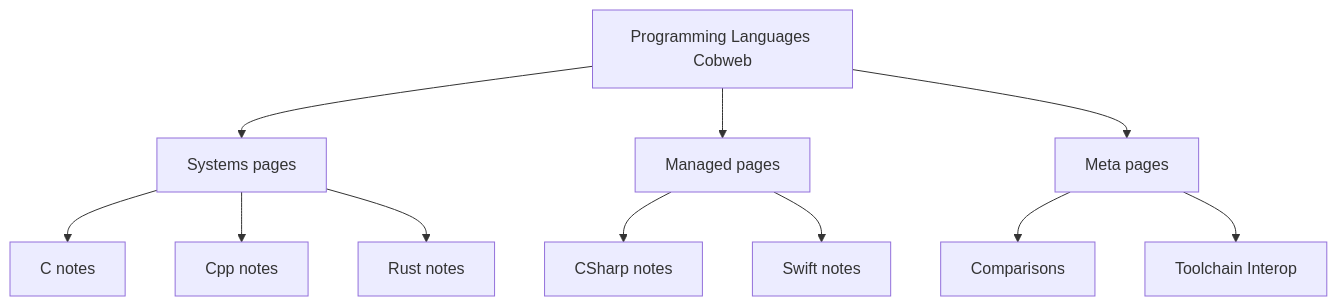
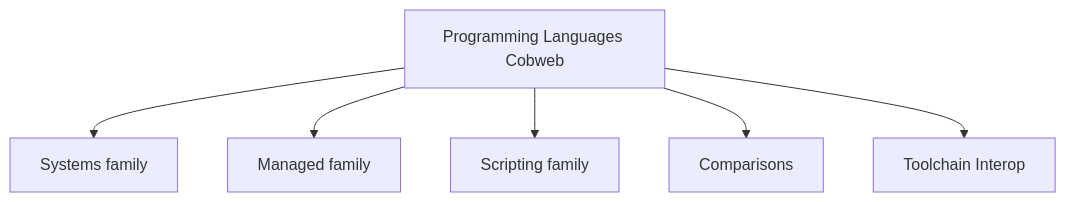
One commit to 444Nazky/My-Vault changed the diagram in Development/Programming-Languages/Programming-Languages-Cobweb.md. Above: the diagram before and after it, drawn with Mermaid. The commit also changed other lines of this file and 3 other files, not shown here.

````diff
--- a/Development/Programming-Languages/Programming-Languages-Cobweb.md
+++ b/Development/Programming-Languages/Programming-Languages-Cobweb.md
@@ -49,13 +18,8 @@
 ```mermaid
 graph TD
-    IDX["Programming Languages Cobweb"] --> SYS["Systems pages"]
-    IDX --> MGD["Managed pages"]
-    IDX --> META["Meta pages"]
-    SYS --> C["C notes"]
-    SYS --> CPP["Cpp notes"]
-    SYS --> RS["Rust notes"]
-    MGD --> CS["CSharp notes"]
-    MGD --> SW["Swift notes"]
-    META --> CMP["Comparisons"]
-    META --> TOOL["Toolchain Interop"]
+    IDX["Programming Languages Cobweb"] --> SYS["Systems family"]
+    IDX --> MGD["Managed family"]
+    IDX --> SCR["Scripting family"]
+    IDX --> CMP["Comparisons"]
+    IDX --> TOOL["Toolchain Interop"]
 ```
````
